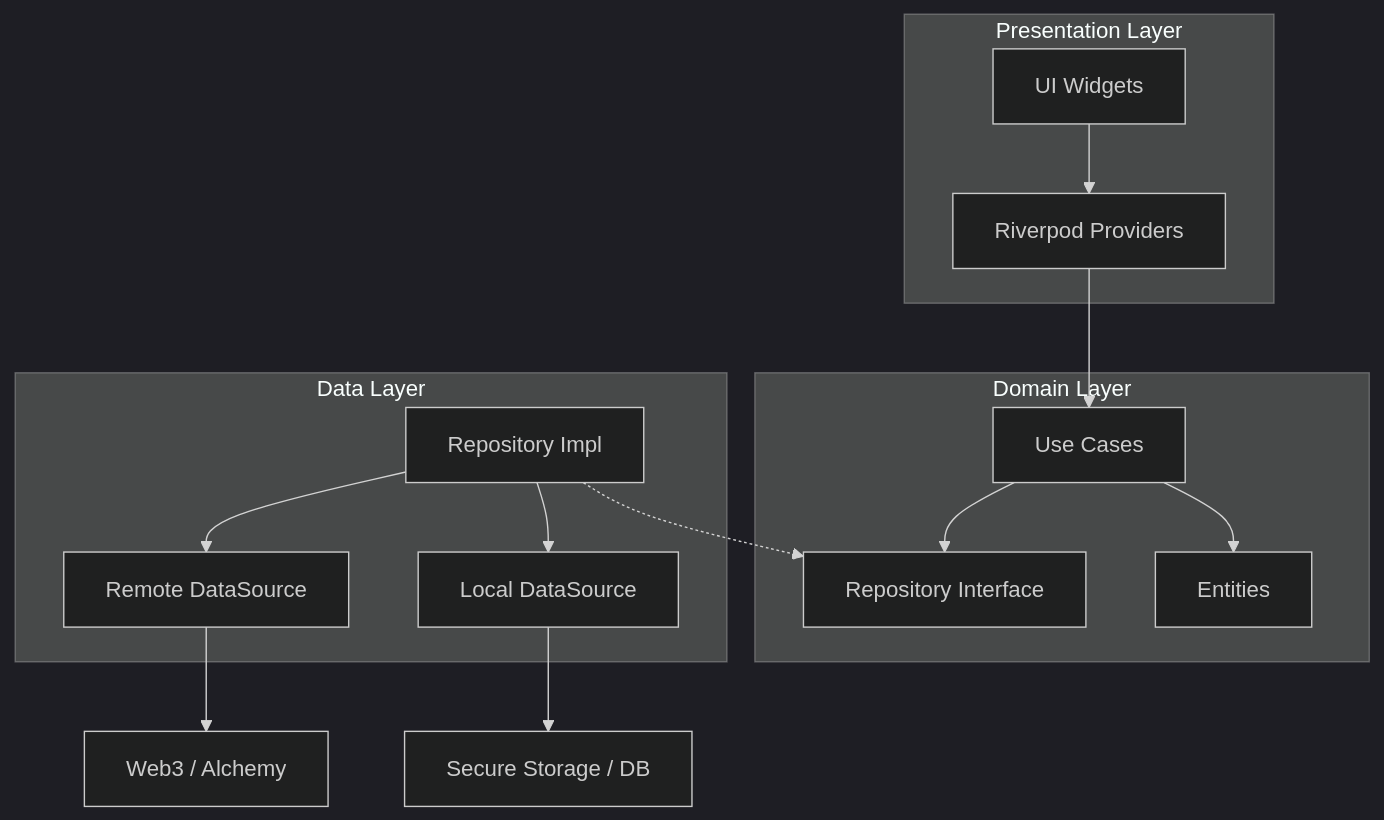
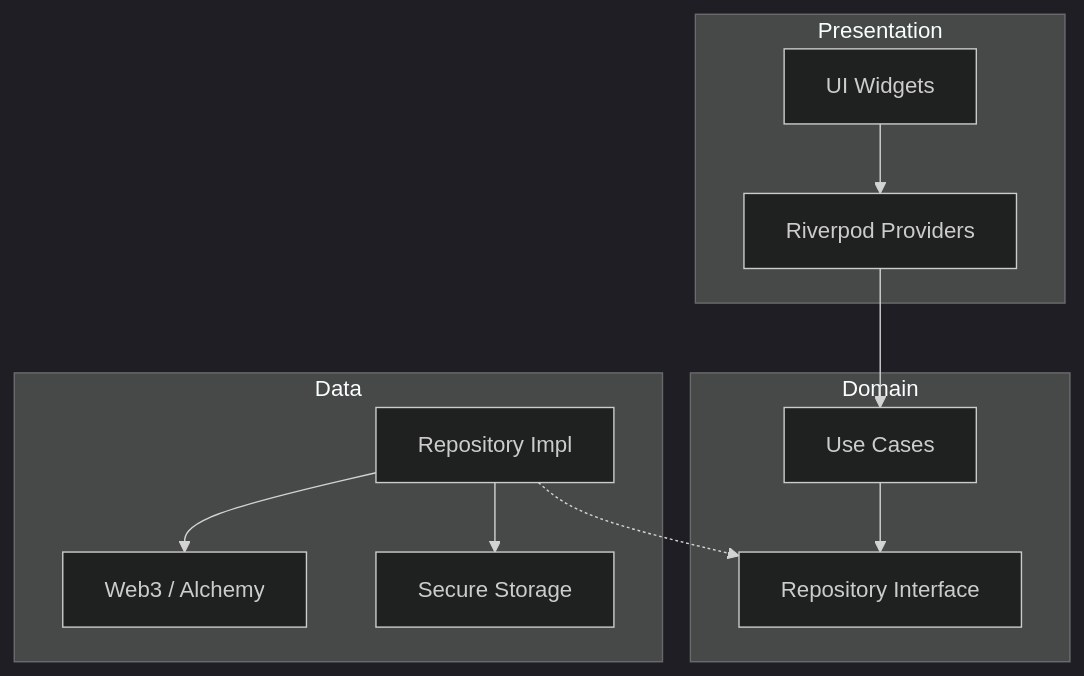
One commit to kaywalker91/Crypto-Wallet-Pro changed the diagram in README.md. Above: the diagram before and after it, drawn with Mermaid (dark theme). The commit also changed other lines of this file and 4 other files, not shown here.

````diff
--- a/README.md
+++ b/README.md
@@ -117,21 +95,15 @@
 ```mermaid
 graph TD
-    subgraph Presentation Layer
+    subgraph Presentation
         UI[UI Widgets] --> VM[Riverpod Providers]
     end
-
-    subgraph Domain Layer
+    subgraph Domain
         VM --> UC[Use Cases]
         UC --> Repo[Repository Interface]
-        UC --> Entity[Entities]
     end
-
-    subgraph Data Layer
+    subgraph Data
         RepoImpl[Repository Impl] -.-> Repo
-        RepoImpl --> Remote[Remote DataSource]
-        RepoImpl --> Local[Local DataSource]
+        RepoImpl --> Remote[Web3 / Alchemy]
+        RepoImpl --> Local[Secure Storage]
     end
-
-    Remote --> API[Web3 / Alchemy]
-    Local --> Storage[Secure Storage / DB]
 ```
````
